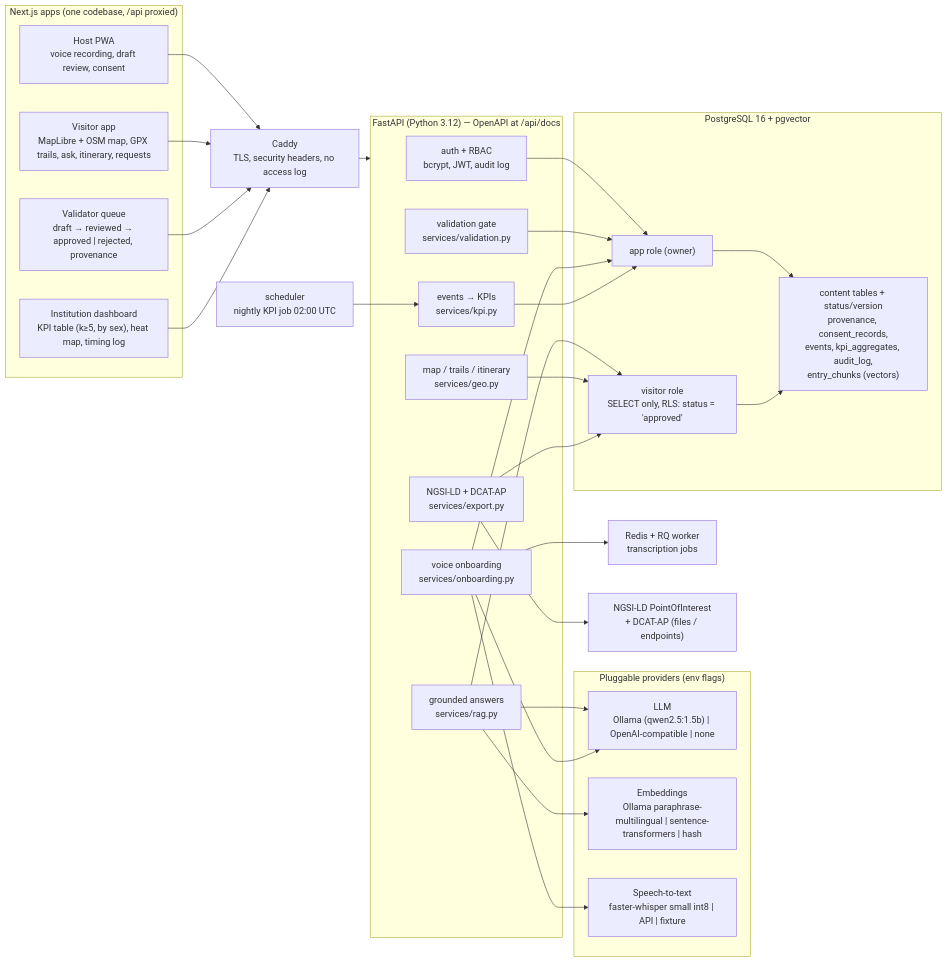
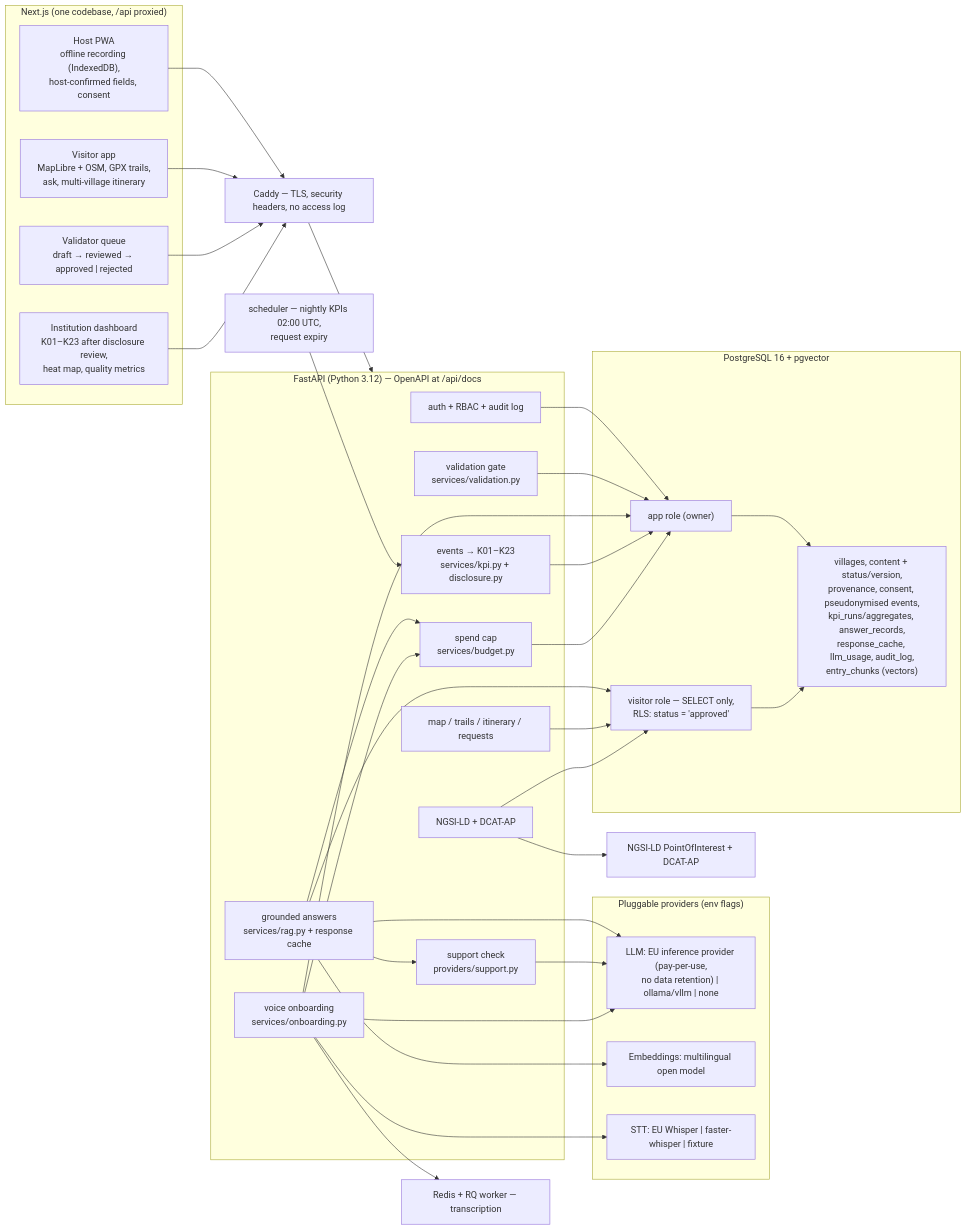
One commit to djuro112233/sportek changed the first of 2 diagrams in vrmac-lh/docs/architecture.md. Above: the diagram before and after it, drawn with Mermaid. The commit also changed other lines of this file and 3 other files, not shown here.

First line of the commit message:
VRMAC-LH: architecture and security docs for the expanded brief

````diff
--- a/vrmac-lh/docs/architecture.md
+++ b/vrmac-lh/docs/architecture.md
@@ -10,56 +23,63 @@
 ```mermaid
 flowchart LR
-  subgraph Clients["Next.js apps (one codebase, /api proxied)"]
-    HOST["Host PWA<br/>voice recording, draft review, consent"]
-    VIS["Visitor app<br/>MapLibre + OSM map, GPX trails, ask, itinerary, requests"]
-    VAL["Validator queue<br/>draft → reviewed → approved | rejected, provenance"]
-    DASH["Institution dashboard<br/>KPI table (k≥5, by sex), heat map, timing log"]
+  subgraph Clients["Next.js (one codebase, /api proxied)"]
+    HOST["Host PWA<br/>offline recording (IndexedDB),<br/>host-confirmed fields, consent"]
+    VIS["Visitor app<br/>MapLibre + OSM, GPX trails,<br/>ask, multi-village itinerary"]
+    VAL["Validator queue<br/>draft → reviewed → approved | rejected"]
+    DASH["Institution dashboard<br/>K01–K23 after disclosure review,<br/>heat map, quality metrics"]
   end
 
-  CADDY["Caddy<br/>TLS, security headers, no access log"]
+  CADDY["Caddy — TLS, security headers, no access log"]
   HOST --> CADDY
   VIS --> CADDY
   VAL --> CADDY
   DASH --> CADDY
 
   subgraph API["FastAPI (Python 3.12) — OpenAPI at /api/docs"]
-    AUTH["auth + RBAC<br/>bcrypt, JWT, audit log"]
+    AUTH["auth + RBAC + audit log"]
     GATE["validation gate<br/>services/validation.py"]
-    RAG["grounded answers<br/>services/rag.py"]
+    RAG["grounded answers<br/>services/rag.py + response cache"]
+    SUP["support check<br/>providers/support.py"]
     ONB["voice onboarding<br/>services/onboarding.py"]
-    GEO["map / trails / itinerary<br/>services/geo.py"]
-    KPI["events → KPIs<br/>services/kpi.py"]
-    EXP["NGSI-LD + DCAT-AP<br/>services/export.py"]
+    GEO["map / trails / itinerary / requests"]
+    KPI["events → K01–K23<br/>services/kpi.py + disclosure.py"]
+    EXP["NGSI-LD + DCAT-AP"]
+    BUD["spend cap<br/>services/budget.py"]
   end
   CADDY --> API
+  RAG --> SUP
+  RAG --> BUD
+  ONB --> BUD
 
   subgraph Providers["Pluggable providers (env flags)"]
-    LLM["LLM<br/>Ollama (qwen2.5:1.5b) | OpenAI-compatible | none"]
-    EMB["Embeddings<br/>Ollama paraphrase-multilingual | sentence-transformers | hash"]
-    STT["Speech-to-text<br/>faster-whisper small int8 | API | fixture"]
+    LLM["LLM: EU inference provider (pay-per-use,<br/>no data retention) | ollama/vllm | none"]
+    EMB["Embeddings: multilingual open model"]
+    STT["STT: EU Whisper | faster-whisper | fixture"]
   end
   RAG --> LLM
   RAG --> EMB
+  SUP --> LLM
   ONB --> LLM
   ONB --> STT
 
   subgraph Data["PostgreSQL 16 + pgvector"]
     APPROLE["app role (owner)"]
-    PUBROLE["visitor role<br/>SELECT only, RLS: status = 'approved'"]
-    T["content tables + status/version<br/>provenance, consent_records,<br/>events, kpi_aggregates, audit_log,<br/>entry_chunks (vectors)"]
+    PUBROLE["visitor role — SELECT only,<br/>RLS: status = 'approved'"]
+    T["villages, content + status/version,<br/>provenance, consent, pseudonymised events,<br/>kpi_runs/aggregates, answer_records,<br/>response_cache, llm_usage, audit_log,<br/>entry_chunks (vectors)"]
   end
   AUTH --> APPROLE
   GATE --> APPROLE
   ONB --> APPROLE
   KPI --> APPROLE
+  BUD --> APPROLE
   RAG --> PUBROLE
   GEO --> PUBROLE
   EXP --> PUBROLE
   APPROLE --> T
   PUBROLE --> T
 
-  REDIS["Redis + RQ worker<br/>transcription jobs"]
+  REDIS["Redis + RQ worker — transcription"]
   ONB --> REDIS
-  SCHED["scheduler<br/>nightly KPI job 02:00 UTC"] --> KPI
-  EXP --> NGSI["NGSI-LD PointOfInterest<br/>+ DCAT-AP (files / endpoints)"]
+  SCHED["scheduler — nightly KPIs 02:00 UTC,<br/>request expiry"] --> KPI
+  EXP --> NGSI["NGSI-LD PointOfInterest + DCAT-AP"]
 ```
````
